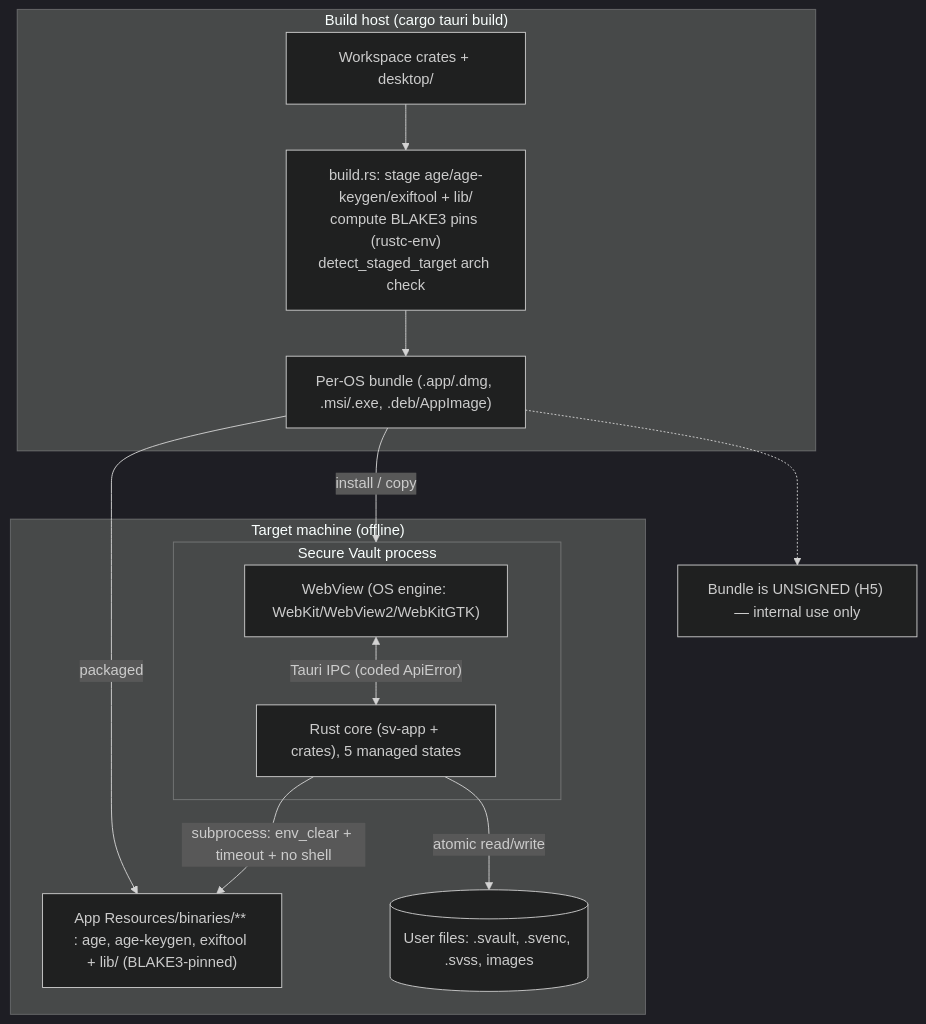
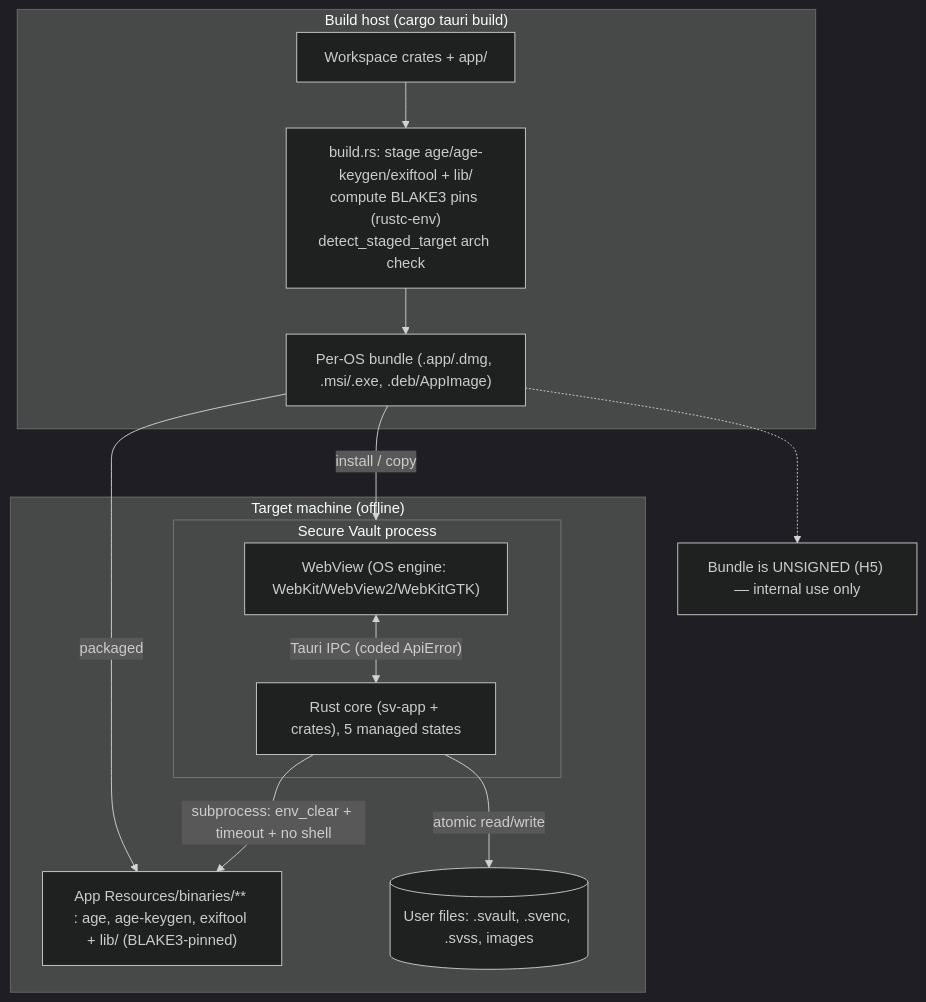
Before and after one commit to imtoiteu/secure-vault-research: the tenth of 11 diagrams in docs/architecture/07-uml-diagrams.md, drawn with Mermaid (dark theme). The commit also changed other lines of this file and 58 other files, not shown here.

First line of the commit message:
refactor: rename desktop/ to app/ for the shared multi-platform shell

````diff
--- a/docs/architecture/07-uml-diagrams.md
+++ b/docs/architecture/07-uml-diagrams.md
@@ -392,26 +392,26 @@
 ```mermaid
 graph TB
     subgraph build["Build host (cargo tauri build)"]
-        src["Workspace crates + desktop/"]
+        src["Workspace crates + app/"]
         brs["build.rs: stage age/age-keygen/exiftool + lib/<br/>compute BLAKE3 pins (rustc-env)<br/>detect_staged_target arch check"]
         src --> brs --> bundle["Per-OS bundle (.app/.dmg, .msi/.exe, .deb/AppImage)"]
     end
 
     subgraph target["Target machine (offline)"]
         subgraph proc["Secure Vault process"]
             wv["WebView (OS engine: WebKit/WebView2/WebKitGTK)"]
             rust["Rust core (sv-app + crates), 5 managed states"]
             wv <-->|"Tauri IPC (coded ApiError)"| rust
         end
         res["App Resources/binaries/** : age, age-keygen, exiftool + lib/ (BLAKE3-pinned)"]
         data[("User files: .svault, .svenc, .svss, images")]
         rust -->|"subprocess: env_clear + timeout + no shell"| res
         rust -->|"atomic read/write"| data
     end
 
     bundle -->|install / copy| proc
     bundle -->|packaged| res
 
     note["Bundle is UNSIGNED (H5) — internal use only"]
     bundle -.-> note
 ```
````
